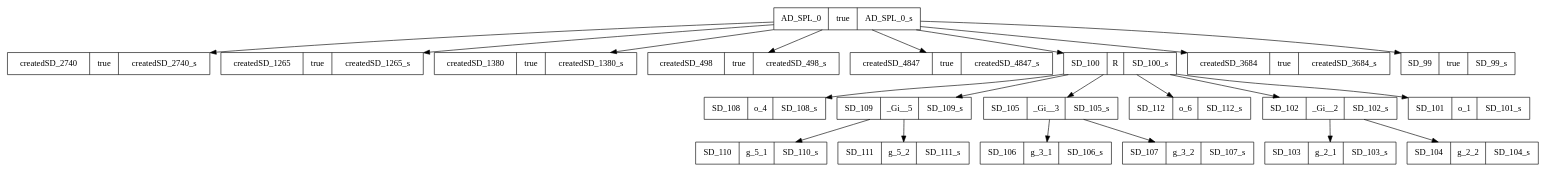
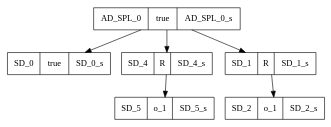
One commit to SPLMC/spl-generator changed the diagram in src/results_joao/3/rdg_rdg.dot. Above: the diagram before and after it, drawn with Graphviz. The commit also changed 38 other files, not shown here.

```diff
--- a/src/results_joao/3/rdg_rdg.dot
+++ b/src/results_joao/3/rdg_rdg.dot
@@ -1,43 +1,13 @@
 digraph graphname {
 AD_SPL_0[shape=record, label="{{AD_SPL_0|true|AD_SPL_0_s}}"];
-createdSD_2740[shape=record, label="{{createdSD_2740|true|createdSD_2740_s}}"];
-createdSD_1265[shape=record, label="{{createdSD_1265|true|createdSD_1265_s}}"];
-createdSD_1380[shape=record, label="{{createdSD_1380|true|createdSD_1380_s}}"];
-createdSD_498[shape=record, label="{{createdSD_498|true|createdSD_498_s}}"];
-createdSD_4847[shape=record, label="{{createdSD_4847|true|createdSD_4847_s}}"];
-SD_100[shape=record, label="{{SD_100|R|SD_100_s}}"];
-SD_108[shape=record, label="{{SD_108|o_4|SD_108_s}}"];
-SD_109[shape=record, label="{{SD_109|_Gi__5|SD_109_s}}"];
-SD_110[shape=record, label="{{SD_110|g_5_1|SD_110_s}}"];
-SD_111[shape=record, label="{{SD_111|g_5_2|SD_111_s}}"];
-SD_105[shape=record, label="{{SD_105|_Gi__3|SD_105_s}}"];
-SD_106[shape=record, label="{{SD_106|g_3_1|SD_106_s}}"];
-SD_107[shape=record, label="{{SD_107|g_3_2|SD_107_s}}"];
-SD_112[shape=record, label="{{SD_112|o_6|SD_112_s}}"];
-SD_102[shape=record, label="{{SD_102|_Gi__2|SD_102_s}}"];
-SD_103[shape=record, label="{{SD_103|g_2_1|SD_103_s}}"];
-SD_104[shape=record, label="{{SD_104|g_2_2|SD_104_s}}"];
-SD_101[shape=record, label="{{SD_101|o_1|SD_101_s}}"];
-createdSD_3684[shape=record, label="{{createdSD_3684|true|createdSD_3684_s}}"];
-SD_99[shape=record, label="{{SD_99|true|SD_99_s}}"];
-AD_SPL_0 -> createdSD_2740;
-AD_SPL_0 -> createdSD_1265;
-AD_SPL_0 -> createdSD_1380;
-AD_SPL_0 -> createdSD_498;
-AD_SPL_0 -> createdSD_4847;
-AD_SPL_0 -> SD_100;
-SD_100 -> SD_108;
-SD_100 -> SD_109;
-SD_109 -> SD_110;
-SD_109 -> SD_111;
-SD_100 -> SD_105;
-SD_105 -> SD_106;
-SD_105 -> SD_107;
-SD_100 -> SD_112;
-SD_100 -> SD_102;
-SD_102 -> SD_103;
-SD_102 -> SD_104;
-SD_100 -> SD_101;
-AD_SPL_0 -> createdSD_3684;
-AD_SPL_0 -> SD_99;
+SD_0[shape=record, label="{{SD_0|true|SD_0_s}}"];
+SD_4[shape=record, label="{{SD_4|R|SD_4_s}}"];
+SD_5[shape=record, label="{{SD_5|o_1|SD_5_s}}"];
+SD_1[shape=record, label="{{SD_1|R|SD_1_s}}"];
+SD_2[shape=record, label="{{SD_2|o_1|SD_2_s}}"];
+AD_SPL_0 -> SD_0;
+AD_SPL_0 -> SD_4;
+SD_4 -> SD_5;
+AD_SPL_0 -> SD_1;
+SD_1 -> SD_2;
 }
```
